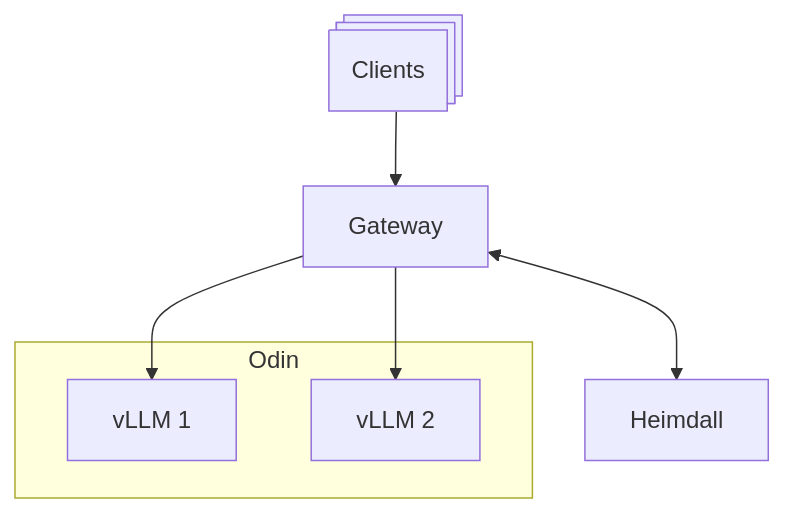
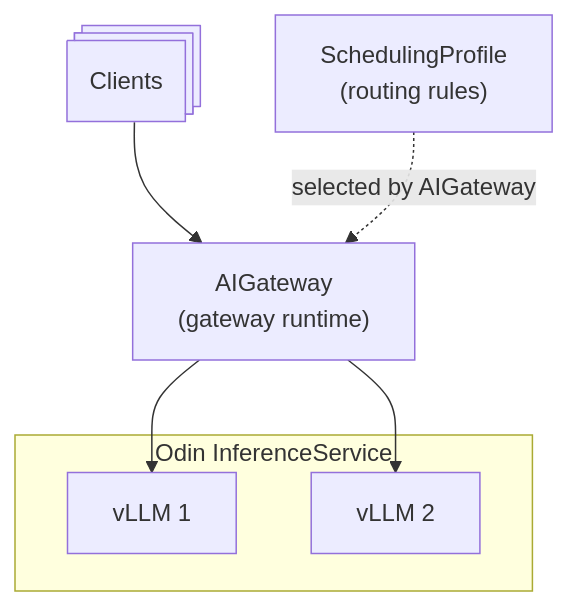
One commit to moreh-dev/mif changed the diagram in website/docs/getting-started/quickstart.mdx. Above: the diagram before and after it, drawn with Mermaid. The commit also changed other lines of this file and 6 other files, not shown here.

First line of the commit message:
MAF-20256: docs(mif): rewrite getting-started for heimdall(operator)+aigateway+odin

````diff
--- a/website/docs/getting-started/quickstart.mdx
+++ b/website/docs/getting-started/quickstart.mdx
@@ -100,11 +97,11 @@
 ```mermaid
 graph TB
-    clients@{ shape: procs, label: "Clients" } --> gateway[Gateway]
-    gateway <--> heimdall[Heimdall]
-    subgraph Odin
+    clients@{ shape: procs, label: "Clients" } --> gateway["AIGateway<br>(gateway runtime)"]
+    sp["SchedulingProfile<br>(routing rules)"] -. selected by AIGateway .-> gateway
+    subgraph odin["Odin InferenceService"]
       vllm1[vLLM 1]
       vllm2[vLLM 2]
     end
-    gateway --> vllm1[vLLM 1]
-    gateway --> vllm2[vLLM 2]
+    gateway --> vllm1
+    gateway --> vllm2
 ```
````
